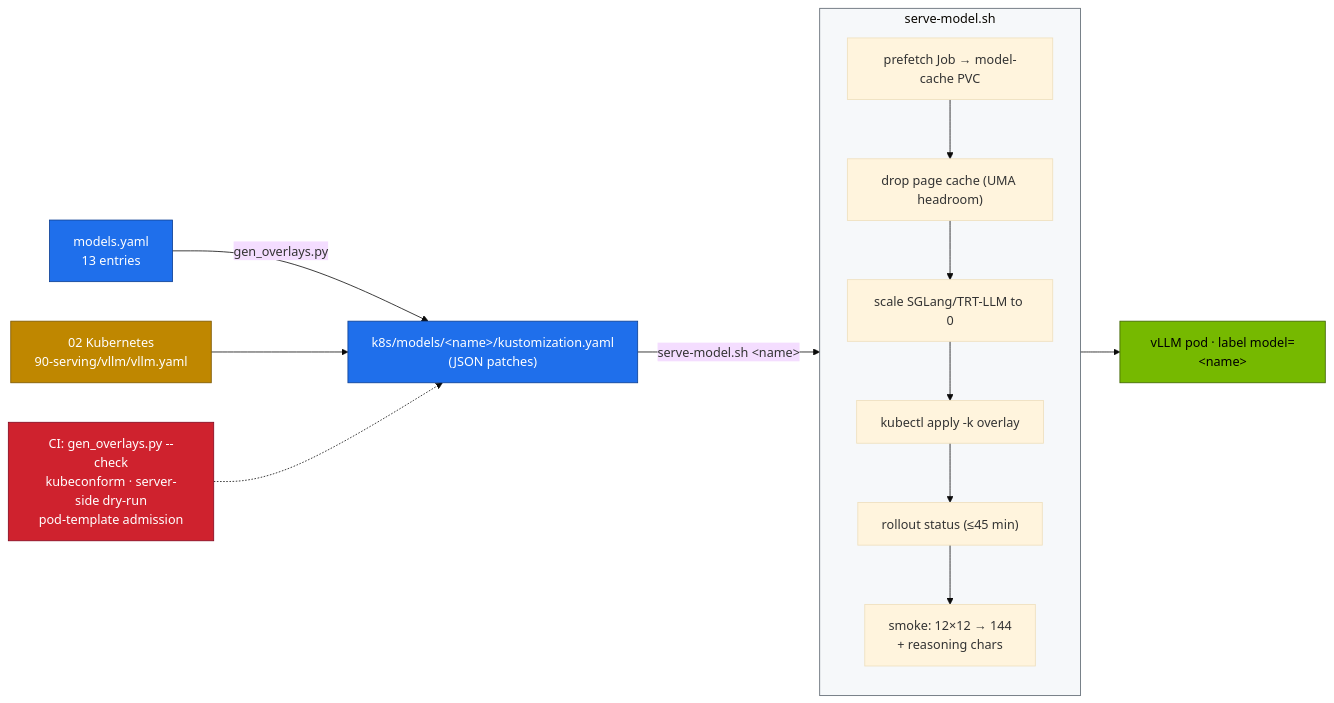
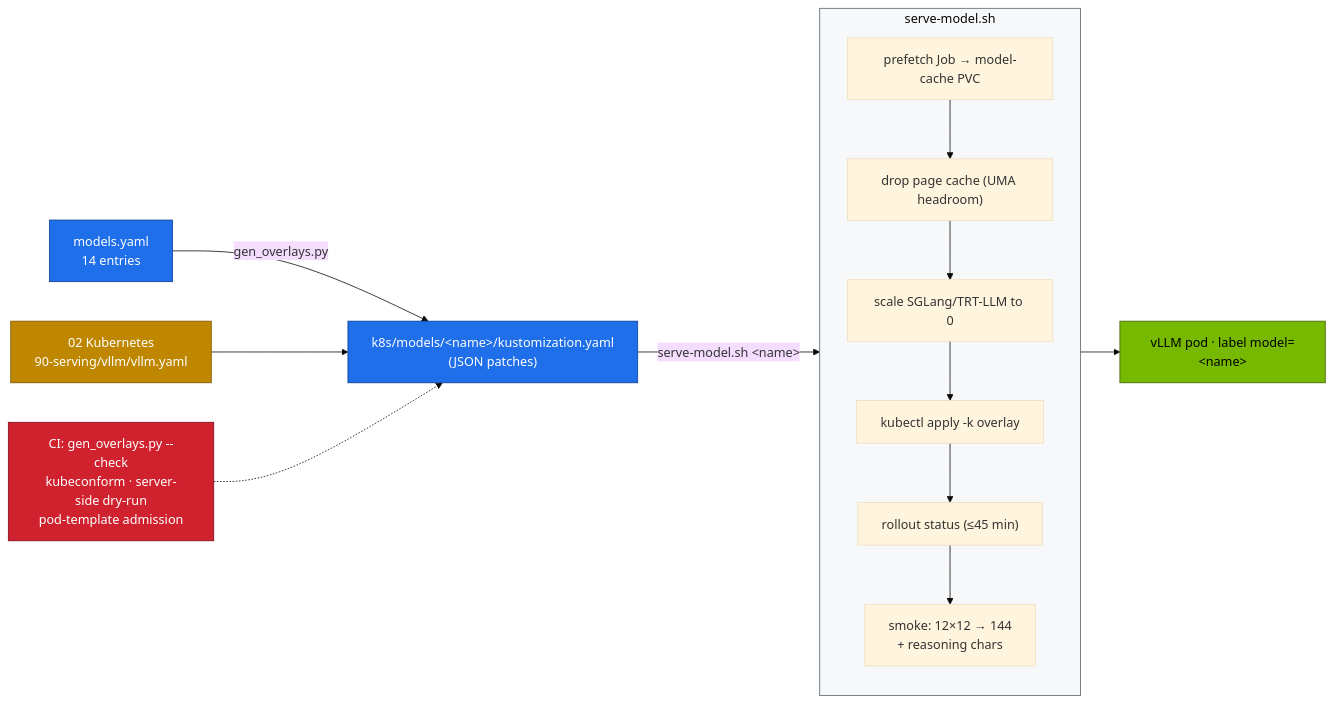
Before and after one commit to cloudone365/technical-depth: the diagram in 03 DeepSeek/15-vllm-serving-deepseek-and-qwen.md, drawn with Mermaid (base theme). The commit also changed other lines of this file and 10 other files, not shown here.

````diff
--- a/03 DeepSeek/15-vllm-serving-deepseek-and-qwen.md
+++ b/03 DeepSeek/15-vllm-serving-deepseek-and-qwen.md
@@ -23,21 +23,21 @@
 ```mermaid
 flowchart LR
-  CAT["models.yaml<br/>13 entries"] -->|"gen_overlays.py"| OV["k8s/models/&lt;name&gt;/kustomization.yaml<br/>(JSON patches)"]
+  CAT["models.yaml<br/>14 entries"] -->|"gen_overlays.py"| OV["k8s/models/&lt;name&gt;/kustomization.yaml<br/>(JSON patches)"]
   BASE["02 Kubernetes<br/>90-serving/vllm/vllm.yaml"] --> OV
   OV -->|"serve-model.sh &lt;name&gt;"| FLOW
   subgraph FLOW["serve-model.sh"]
     direction TB
     P1["prefetch Job → model-cache PVC"] --> P2["drop page cache (UMA headroom)"] --> P3["scale SGLang/TRT-LLM to 0"] --> P4["kubectl apply -k overlay"] --> P5["rollout status (≤45 min)"] --> P6["smoke: 12×12 → 144<br/>+ reasoning chars"]
   end
   FLOW --> V["vLLM pod · label model=&lt;name&gt;"]
   CI["CI: gen_overlays.py --check<br/>kubeconform · server-side dry-run<br/>pod-template admission"] -.-> OV
   classDef ctrl fill:#1f6feb,stroke:#0b3d91,color:#fff
   classDef gpu fill:#76b900,stroke:#3d6000,color:#000
   classDef store fill:#bf8700,stroke:#7a5600,color:#fff
   classDef sec fill:#cf222e,stroke:#82071e,color:#fff
   class CAT,OV ctrl
   class V gpu
   class BASE store
   class CI sec
   style FLOW fill:#f6f8fa,stroke:#57606a
 ```
````
